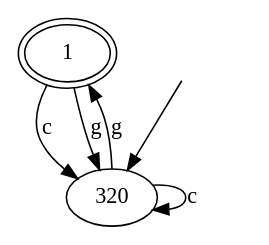
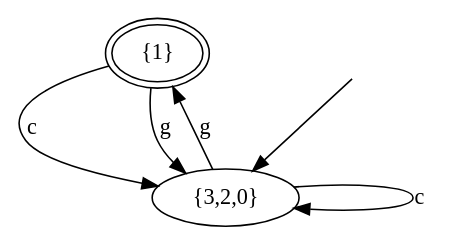
One commit to manomarichal/talen-en-automaten changed the diagram in output/dfa_minimized.dot. Above: the diagram before and after it, drawn with Graphviz. The commit also changed 7 other files, not shown here.

```diff
--- a/output/dfa_minimized.dot
+++ b/output/dfa_minimized.dot
@@ -1,9 +1,11 @@
 digraph {
-  1[peripheries=2]
-  1->320[label="c"];
-  1->320[label="g"];
-  320->320[label="c"];
-  320->1[label="g"];
+nodesep=1;
+overlap=false;
+  "{1}"[peripheries=2]
+  "{1}"->"{3,2,0}"[label="c"];
+  "{1}"->"{3,2,0}"[label="g"];
+  "{3,2,0}"->"{3,2,0}"[label="c"];
+  "{3,2,0}"->"{1}"[label="g"];
   head [style=invis]
-  head->320
+  head->"{3,2,0}"
 }
```
